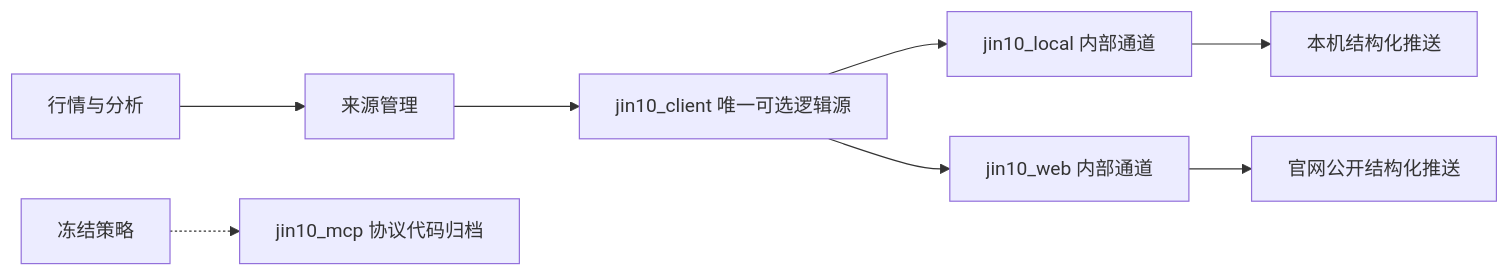
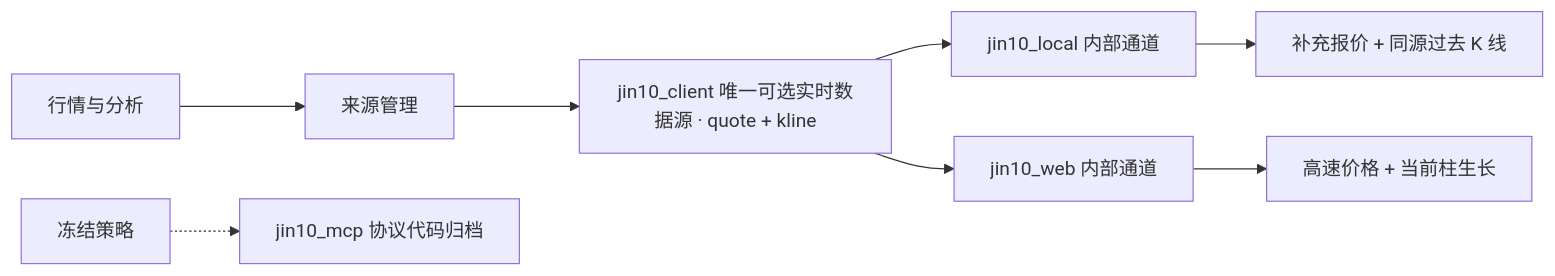
One commit to Daniel9572/TraceFang changed the diagram in docs/local-data-acceleration.md. Above: the diagram before and after it, drawn with Mermaid. The commit also changed other lines of this file and 6 other files, not shown here.

````diff
--- a/docs/local-data-acceleration.md
+++ b/docs/local-data-acceleration.md
@@ -52,10 +55,10 @@
 ```mermaid
 flowchart LR
     UI["行情与分析"] --> R["来源管理"]
-    R --> C["jin10_client 唯一可选逻辑源"]
+    R --> C["jin10_client 唯一可选实时数据源 · quote + kline"]
     C --> S
     C --> W
-    S["jin10_local 内部通道"] --> L["本机结构化推送"]
-    W["jin10_web 内部通道"] --> P["官网公开结构化推送"]
+    S["jin10_local 内部通道"] --> L["补充报价 + 同源过去 K 线"]
+    W["jin10_web 内部通道"] --> P["高速价格 + 当前柱生长"]
     F["冻结策略"] -.-> M["jin10_mcp 协议代码归档"]
 ```
````
